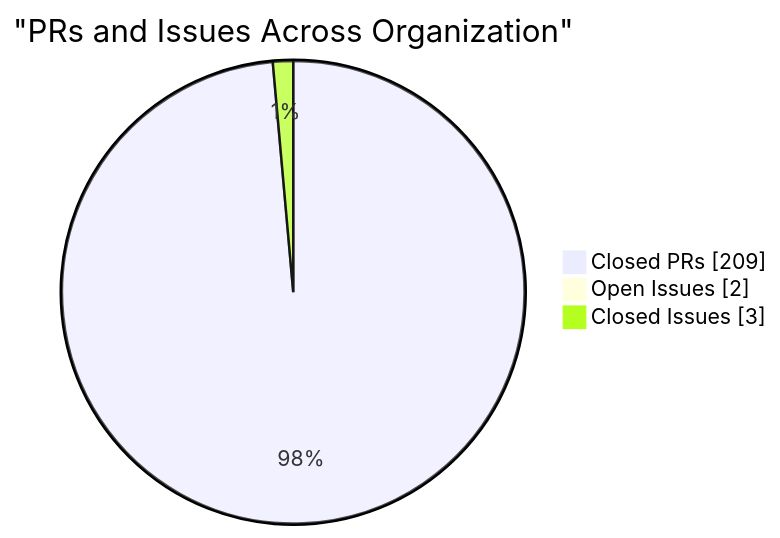
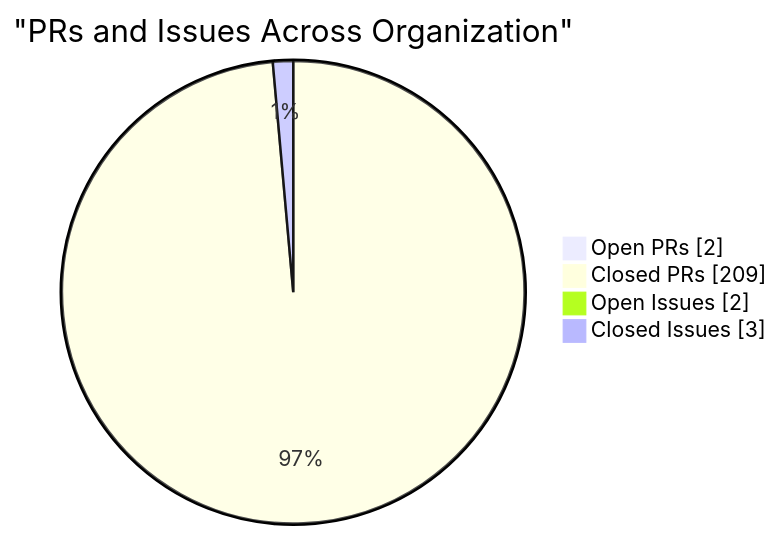
The fourth of 4 diagrams in profile/README.md (CSTH-Projects/.github), drawn with Mermaid before and after one commit. The commit also changed other lines of this file, not shown here.

````diff
--- a/profile/README.md
+++ b/profile/README.md
@@ -100,7 +100,8 @@
 ```mermaid
 pie showData
     title "PRs and Issues Across Organization"
+    "Open PRs" : 2
     "Closed PRs" : 209
     "Open Issues" : 2
     "Closed Issues" : 3
 ```
````
